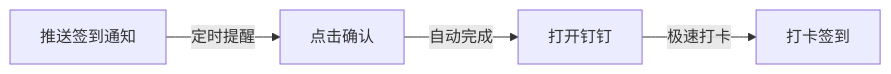
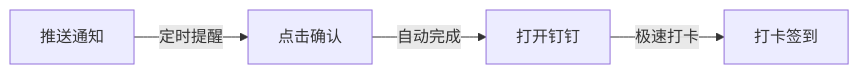
Before and after one commit to snowdreams1006/snowdreams1006.github.io: the second of 2 diagrams in other/dingtalk-reminder.md, drawn with Mermaid. The commit also changed other lines of this file, not shown here.

Commit message:
https://api.day.app/yourkey

````diff
--- a/other/dingtalk-reminder.md
+++ b/other/dingtalk-reminder.md
@@ -173,4 +173,4 @@
 ```mermaid
 graph LR
-    推送签到通知 -- 定时提醒 --> 点击确认 -- 自动完成 --> 打开钉钉 -- 极速打卡 --> 打卡签到
+    推送通知 -- 定时提醒 --> 点击确认 -- 自动完成 --> 打开钉钉 -- 极速打卡 --> 打卡签到
 ```
````
